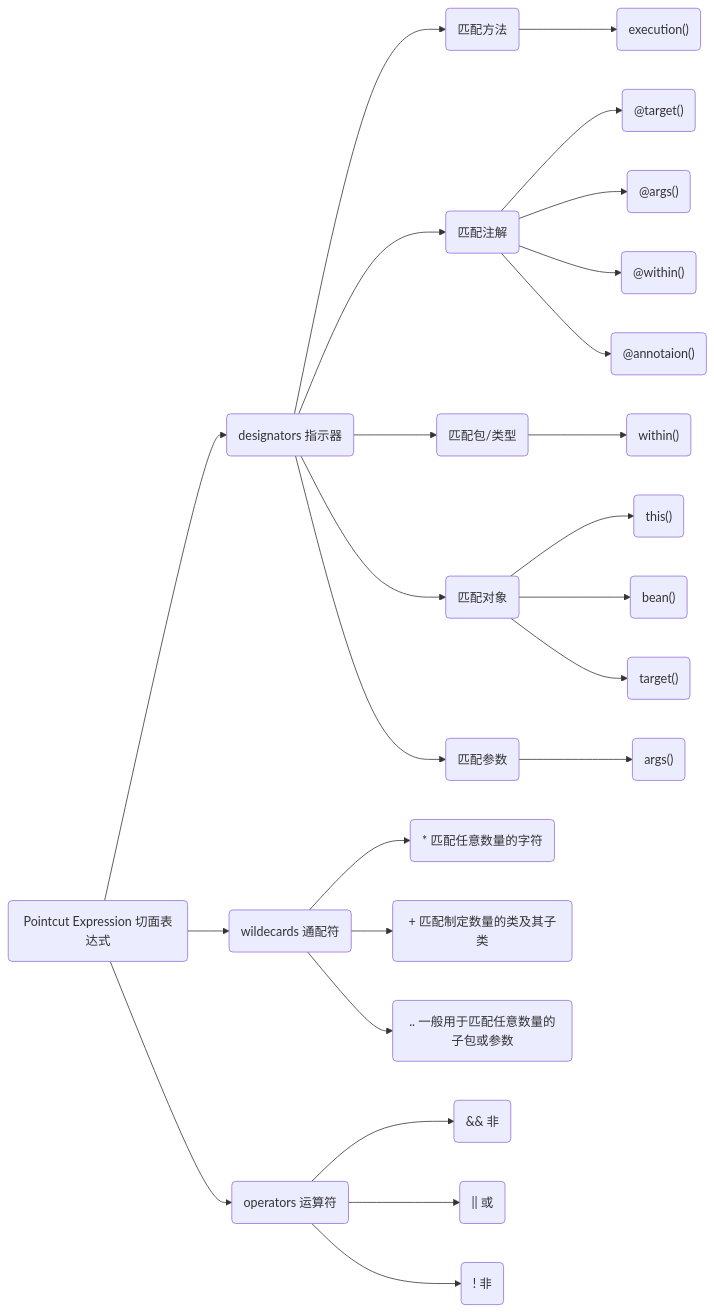
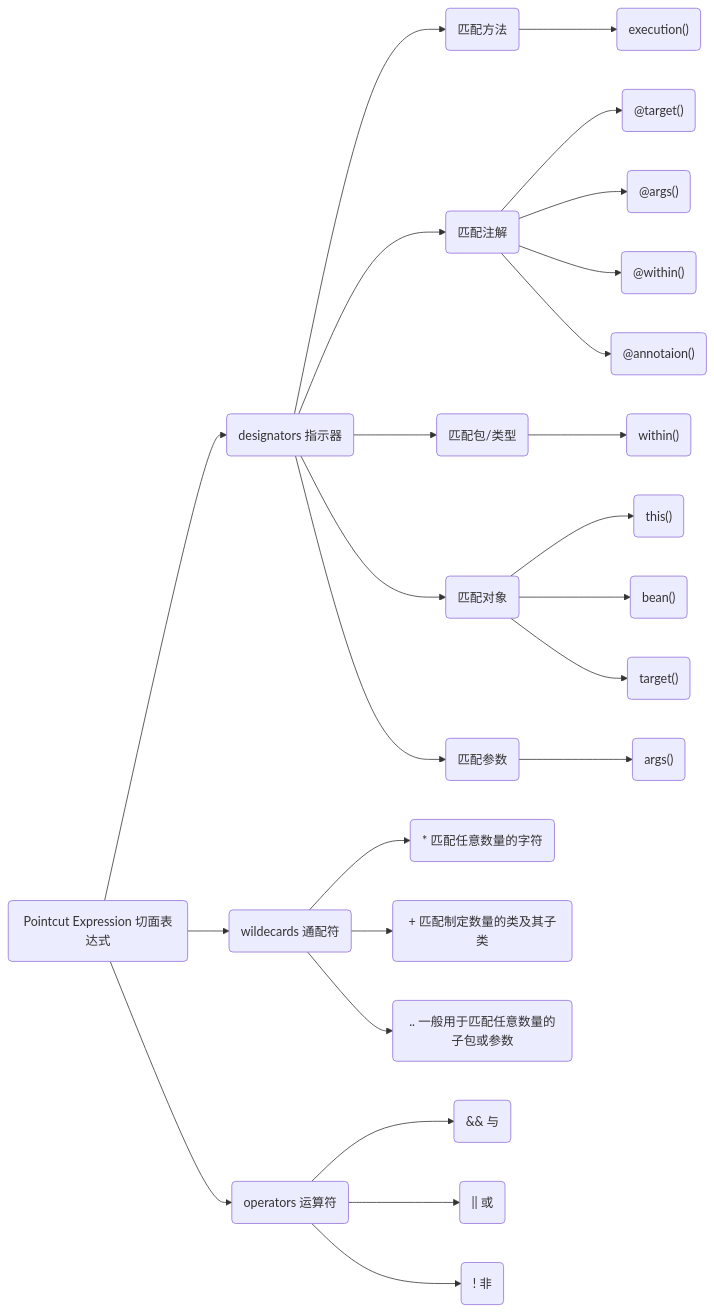
Before and after one commit to newjiang/aop: the diagram in README.md, drawn with Mermaid. The commit also changed other lines of this file and 46 other files, not shown here.

````diff
--- a/README.md
+++ b/README.md
@@ -12,34 +12,34 @@
 ```mermaid
 graph LR;
 id1(Pointcut Expression 切面表达式)-->id3(wildecards 通配符)
 id1(Pointcut Expression 切面表达式)-->id2(designators 指示器)
 id1(Pointcut Expression 切面表达式)-->id4(operators 运算符)
 
 id2(designators 指示器)-->id2.1(匹配方法)
 id2(designators 指示器)-->id2.2(匹配注解)
 id2(designators 指示器)-->id2.3(匹配包/类型)
 id2(designators 指示器)-->id2.4(匹配对象)
 id2(designators 指示器)-->id2.5(匹配参数)
 
 id2.1(匹配方法)-->id2.1.1("execution()")
 id2.2(匹配注解)-->id2.2.1("@target()")
 id2.2(匹配注解)-->id2.2.2("@args()")
 id2.2(匹配注解)-->id2.2.3("@within()")
 id2.2(匹配注解)-->id2.2.4("@annotaion()")
 
 id2.3(匹配包/类型)-->id2.3.1("within()")
 
 id2.4(匹配对象)-->id2.4.1("this()")
 id2.4(匹配对象)-->id2.4.2("bean()")
 id2.4(匹配对象)-->id2.4.3("target()")
 
 id2.5(匹配参数)-->id2.5.1("args()")
 
 id3(wildecards 通配符)-->id3.1("* 匹配任意数量的字符")
 id3(wildecards 通配符)-->id3.2("+ 匹配制定数量的类及其子类")
 id3(wildecards 通配符)-->id3.3(".. 一般用于匹配任意数量的子包或参数")
 
-id4(operators 运算符)-->id4.1("&& 非")
+id4(operators 运算符)-->id4.1("&& 与")
 id4(operators 运算符)-->id4.2("|| 或")
 id4(operators 运算符)-->id4.3("!  非")
 ```
````
